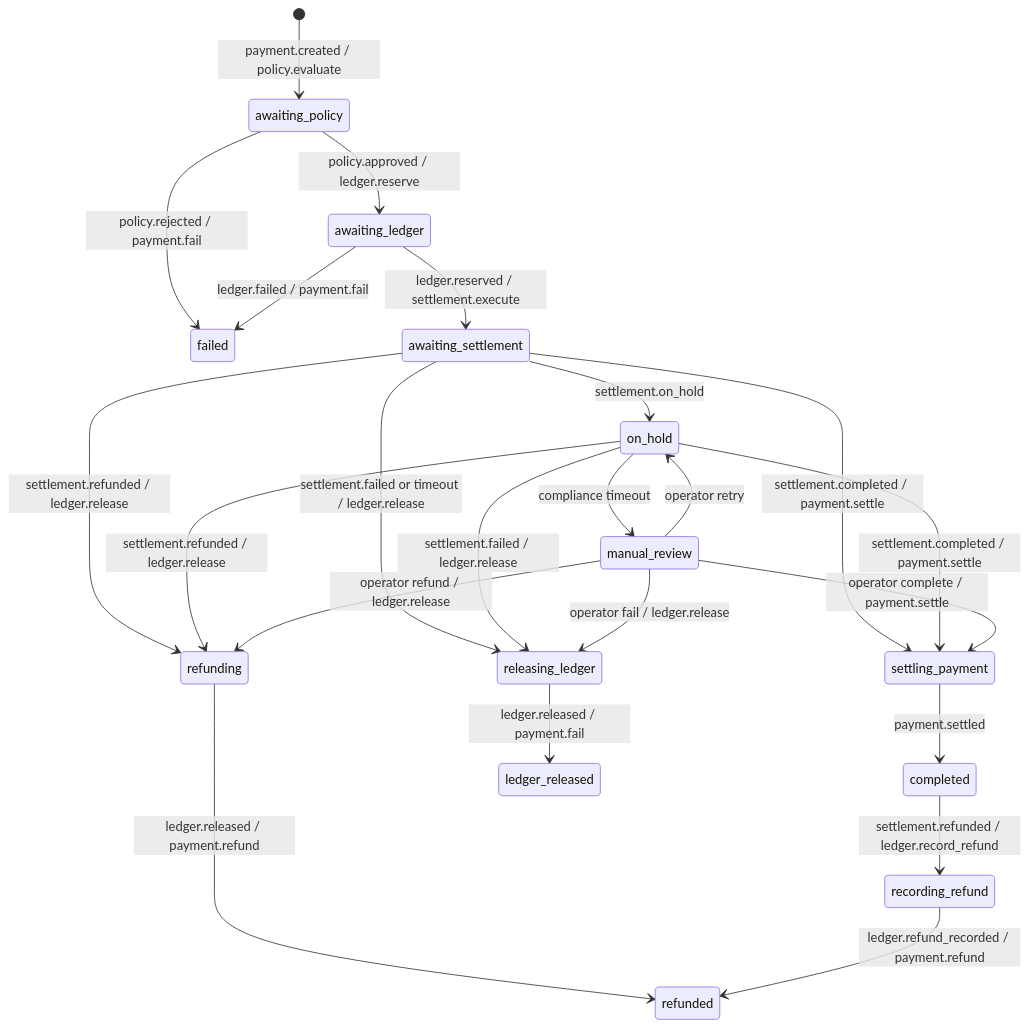
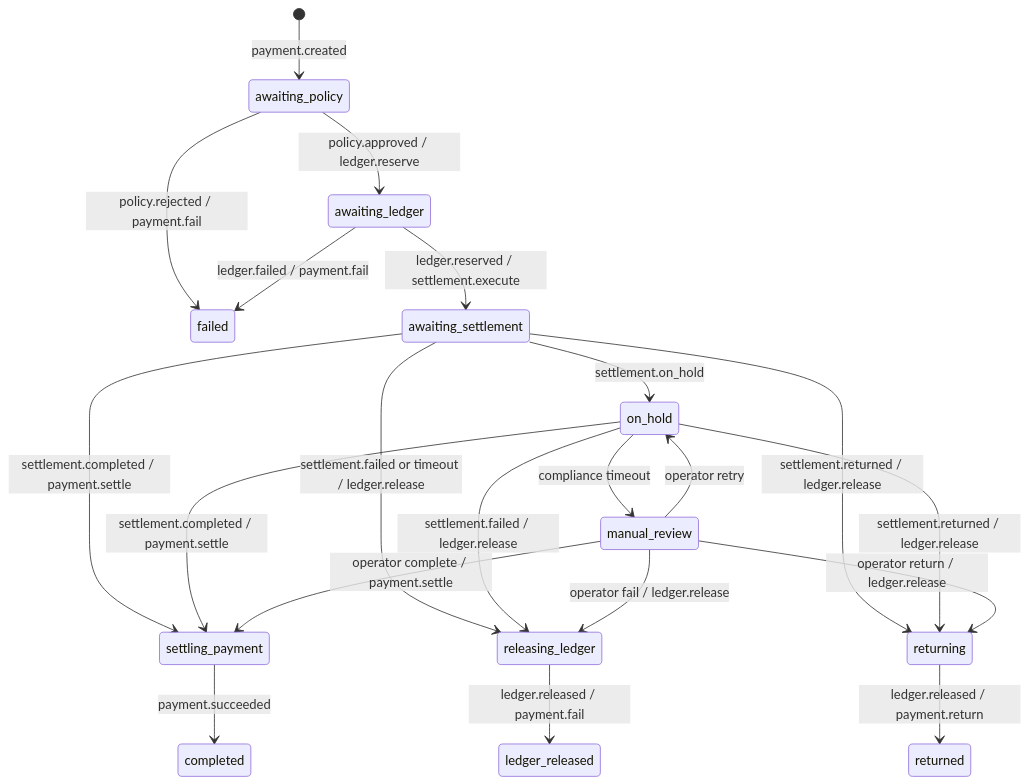
One commit to lancechuangdev/StableRail changed the third of 3 diagrams in README.md. Above: the diagram before and after it, drawn with Mermaid. The commit also changed other lines of this file and 23 other files, not shown here.

````diff
--- a/README.md
+++ b/README.md
@@ -191,30 +57,27 @@
 ```mermaid
 stateDiagram-v2
-    [*] --> awaiting_policy: payment.created / policy.evaluate
+    [*] --> awaiting_policy: payment.created
     awaiting_policy --> awaiting_ledger: policy.approved / ledger.reserve
     awaiting_policy --> failed: policy.rejected / payment.fail
     awaiting_ledger --> awaiting_settlement: ledger.reserved / settlement.execute
     awaiting_ledger --> failed: ledger.failed / payment.fail
 
     awaiting_settlement --> settling_payment: settlement.completed / payment.settle
-    settling_payment --> completed: payment.settled
+    settling_payment --> completed: payment.succeeded
 
     awaiting_settlement --> releasing_ledger: settlement.failed or timeout / ledger.release
     releasing_ledger --> ledger_released: ledger.released / payment.fail
 
-    awaiting_settlement --> refunding: settlement.refunded / ledger.release
-    refunding --> refunded: ledger.released / payment.refund
-
-    completed --> recording_refund: settlement.refunded / ledger.record_refund
-    recording_refund --> refunded: ledger.refund_recorded / payment.refund
+    awaiting_settlement --> returning: settlement.returned / ledger.release
+    returning --> returned: ledger.released / payment.return
 
     awaiting_settlement --> on_hold: settlement.on_hold
     on_hold --> settling_payment: settlement.completed / payment.settle
     on_hold --> releasing_ledger: settlement.failed / ledger.release
-    on_hold --> refunding: settlement.refunded / ledger.release
+    on_hold --> returning: settlement.returned / ledger.release
     on_hold --> manual_review: compliance timeout
     manual_review --> on_hold: operator retry
     manual_review --> settling_payment: operator complete / payment.settle
     manual_review --> releasing_ledger: operator fail / ledger.release
-    manual_review --> refunding: operator refund / ledger.release
+    manual_review --> returning: operator return / ledger.release
 ```
````
